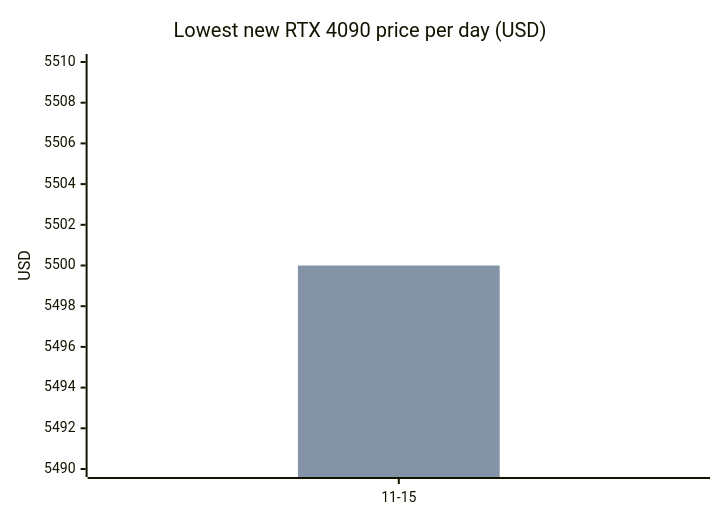
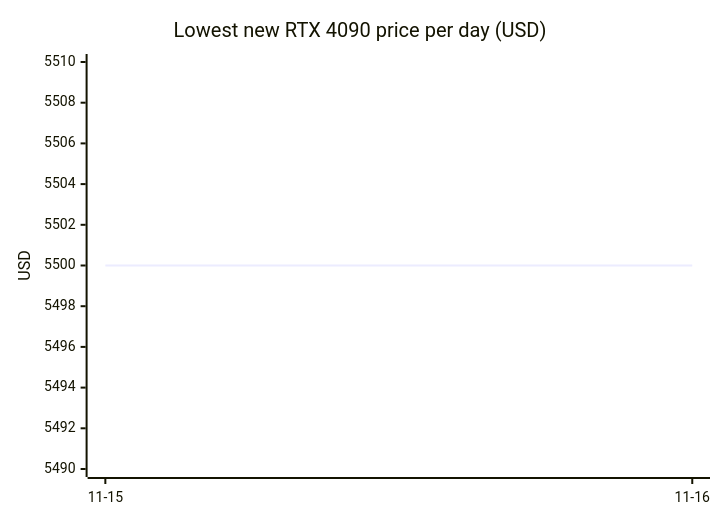
One commit to 7324136828/4tb_ssd_price_watch changed the seventh of 16 diagrams in README.md. Above: the diagram before and after it, drawn with Mermaid. The commit also changed other lines of this file, not shown here.

````diff
--- a/README.md
+++ b/README.md
@@ -351,8 +415,7 @@
 ```mermaid
 xychart-beta
     title "Lowest new RTX 4090 price per day (USD)"
-    x-axis ["11-15"]
+    x-axis ["11-15", "11-16"]
     y-axis "USD" 5490 --> 5510
-    line [5500.00]
-    bar [5500.00]
+    line [5500.00, 5500.00]
 ```
````
